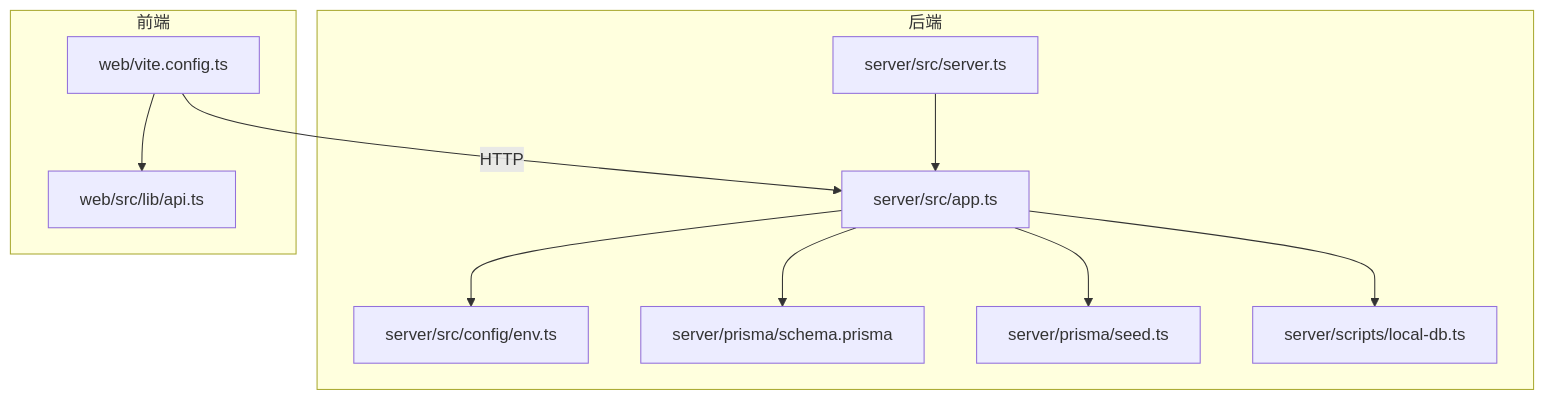
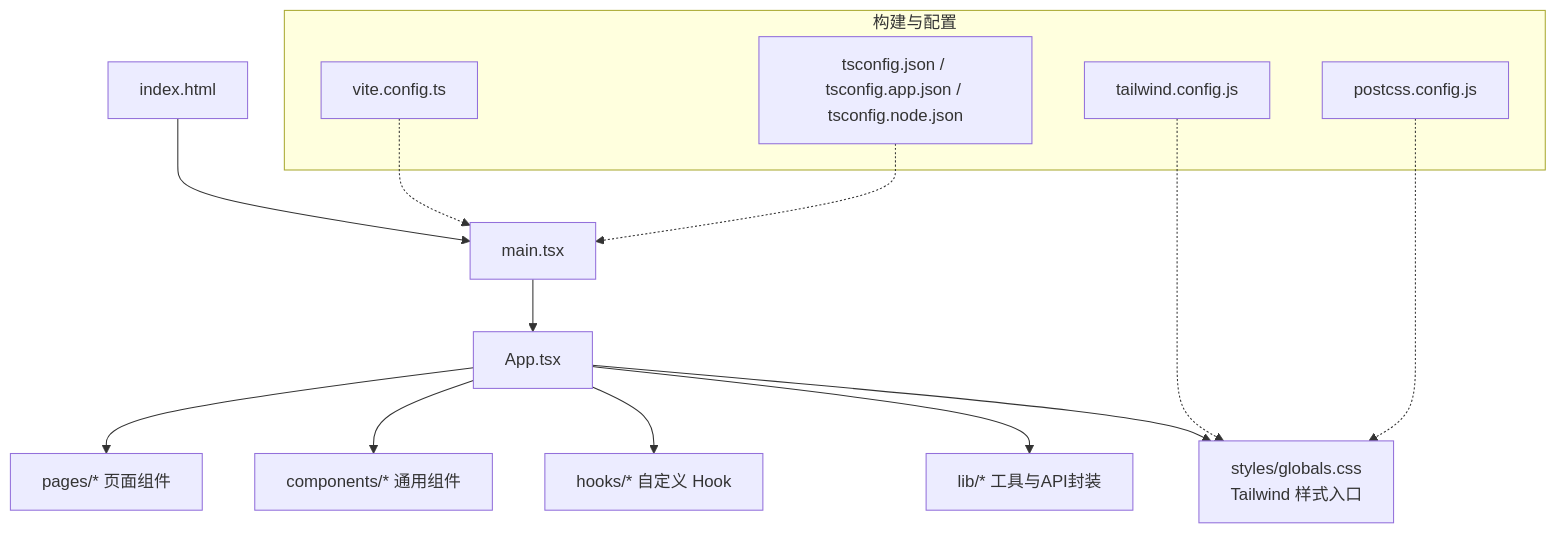
The first of 4 diagrams in .qoder/repowiki/zh/content/快速开始.md (Damao997/newproject), drawn with Mermaid before and after one commit. The commit also changed other lines of this file and 391 other files, not shown here.

````diff
--- a/.qoder/repowiki/zh/content/快速开始.md
+++ b/.qoder/repowiki/zh/content/快速开始.md
@@ -40,14 +45,20 @@
 ```mermaid
 graph TB
-subgraph "后端"
-Srv["server/src/server.ts"] --> App["server/src/app.ts"]
-App --> Env["server/src/config/env.ts"]
-App --> DB["server/prisma/schema.prisma"]
-App --> Seed["server/prisma/seed.ts"]
-App --> Scripts["server/scripts/local-db.ts"]
+A["index.html"] --> B["main.tsx"]
+B --> C["App.tsx"]
+C --> D["pages/* 页面组件"]
+C --> E["components/* 通用组件"]
+C --> F["hooks/* 自定义 Hook"]
+C --> G["lib/* 工具与API封装"]
+C --> H["styles/globals.css<br/>Tailwind 样式入口"]
+subgraph "构建与配置"
+I["vite.config.ts"]
+J["tsconfig.json / tsconfig.app.json / tsconfig.node.json"]
+K["tailwind.config.js"]
+L["postcss.config.js"]
 end
-subgraph "前端"
-Vite["web/vite.config.ts"] --> Api["web/src/lib/api.ts"]
-end
-Vite --> |"HTTP"| App
+I -.-> B
+J -.-> B
+K -.-> H
+L -.-> H
 ```
````
